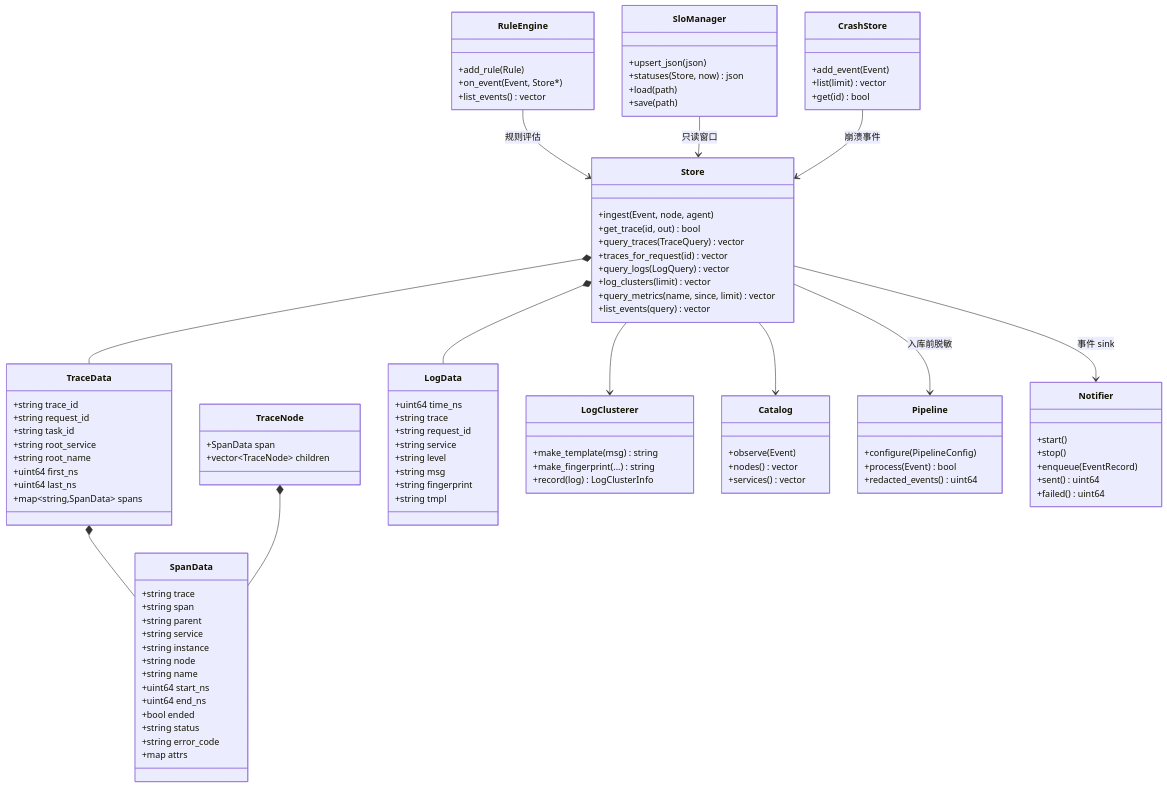
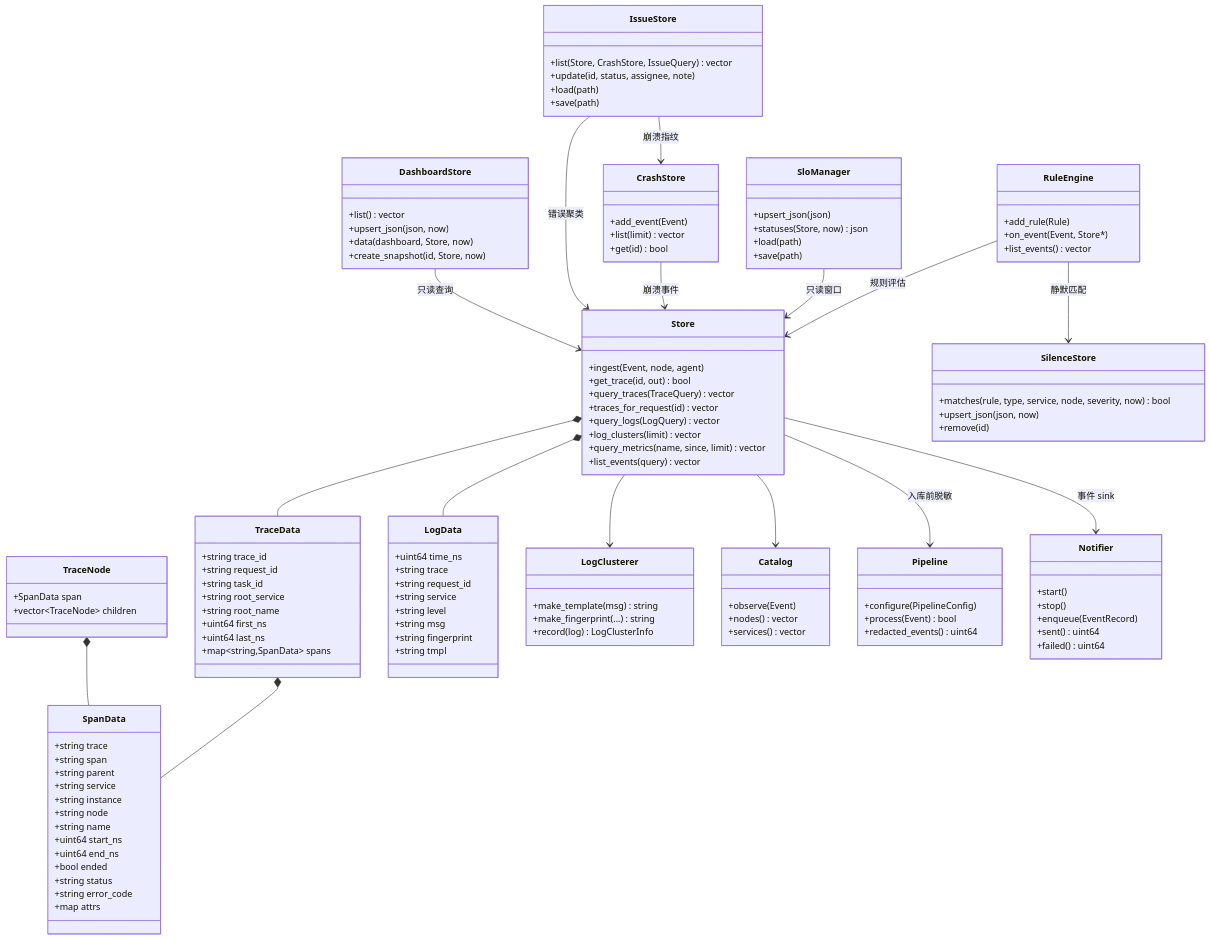
Before and after one commit to git163/CplusTrace: the fourth of 15 diagrams in docs/module-design.md, drawn with Mermaid. The commit also changed other lines of this file and 15 other files, not shown here.

First line of the commit message:
补齐示例使用手册与 Web 截图，并同步文档

````diff
--- a/docs/module-design.md
+++ b/docs/module-design.md
@@ -738,6 +747,23 @@
     +sent() uint64
     +failed() uint64
   }
+  class IssueStore {
+    +list(Store, CrashStore, IssueQuery) vector
+    +update(id, status, assignee, note)
+    +load(path)
+    +save(path)
+  }
+  class SilenceStore {
+    +matches(rule, type, service, node, severity, now) bool
+    +upsert_json(json, now)
+    +remove(id)
+  }
+  class DashboardStore {
+    +list() vector
+    +upsert_json(json, now)
+    +data(dashboard, Store, now)
+    +create_snapshot(id, Store, now)
+  }
 
   Store *-- TraceData
   TraceData *-- SpanData
@@ -750,4 +776,8 @@
   CrashStore --> Store : 崩溃事件
   Store --> Pipeline : 入库前脱敏
   Store --> Notifier : 事件 sink
+  IssueStore --> Store : 错误聚类
+  IssueStore --> CrashStore : 崩溃指纹
+  RuleEngine --> SilenceStore : 静默匹配
+  DashboardStore --> Store : 只读查询
 ```
````
